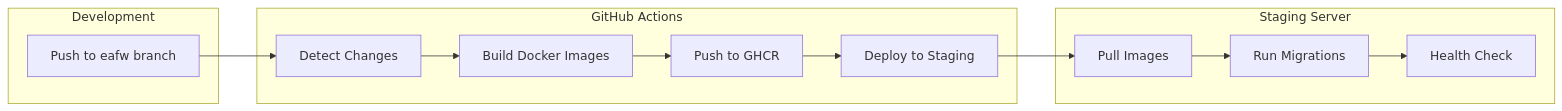
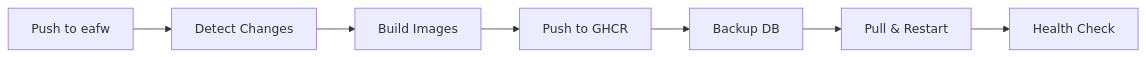
Before and after one commit to icpac-igad/flood_watch_system: the second of 2 diagrams in mkdocs-site/docs/architecture/services.md, drawn with Mermaid. The commit also changed other lines of this file and 4 other files, not shown here.

````diff
--- a/mkdocs-site/docs/architecture/services.md
+++ b/mkdocs-site/docs/architecture/services.md
@@ -133,27 +110,9 @@
 ```mermaid
 graph LR
-    subgraph Development
-        DEV[Push to eafw branch]
-    end
-
-    subgraph GitHub Actions
-        DETECT[Detect Changes]
-        BUILD[Build Docker Images]
-        PUSH[Push to GHCR]
-        DEPLOY[Deploy to Staging]
-    end
-
-    subgraph Staging Server
-        PULL[Pull Images]
-        MIGRATE[Run Migrations]
-        HEALTH[Health Check]
-    end
-
-    DEV --> DETECT
-    DETECT --> BUILD
-    BUILD --> PUSH
-    PUSH --> DEPLOY
-    DEPLOY --> PULL
-    PULL --> MIGRATE
-    MIGRATE --> HEALTH
+    DEV[Push to eafw] --> DETECT[Detect Changes]
+    DETECT --> BUILD[Build Images]
+    BUILD --> GHCR[Push to GHCR]
+    GHCR --> BACKUP[Backup DB]
+    BACKUP --> DEPLOY[Pull & Restart]
+    DEPLOY --> HEALTH[Health Check]
 ```
````
